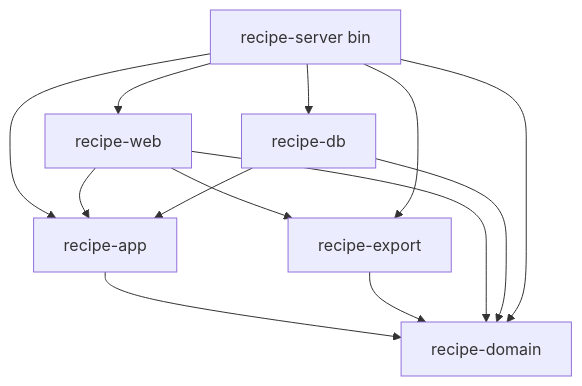
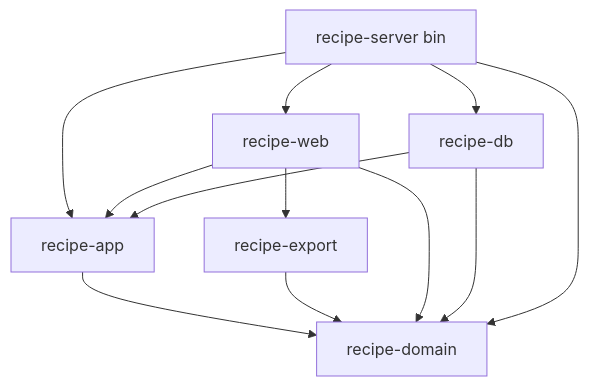
The fourth of 4 diagrams in docs/architecture/overview.md (rtmachines/editor-web-cc), drawn with Mermaid before and after one commit. The commit also changed other lines of this file and 14 other files, not shown here.

````diff
--- a/docs/architecture/overview.md
+++ b/docs/architecture/overview.md
@@ -99,15 +99,14 @@
 ```mermaid
 flowchart TD
     server[recipe-server bin] --> web[recipe-web]
     server --> db[recipe-db]
     server --> app[recipe-app]
     web --> app
     web --> export[recipe-export]
     db --> app
     app --> domain[recipe-domain]
     export --> domain
     web --> domain
     db --> domain
     server --> domain
-    server --> export
 ```
````
